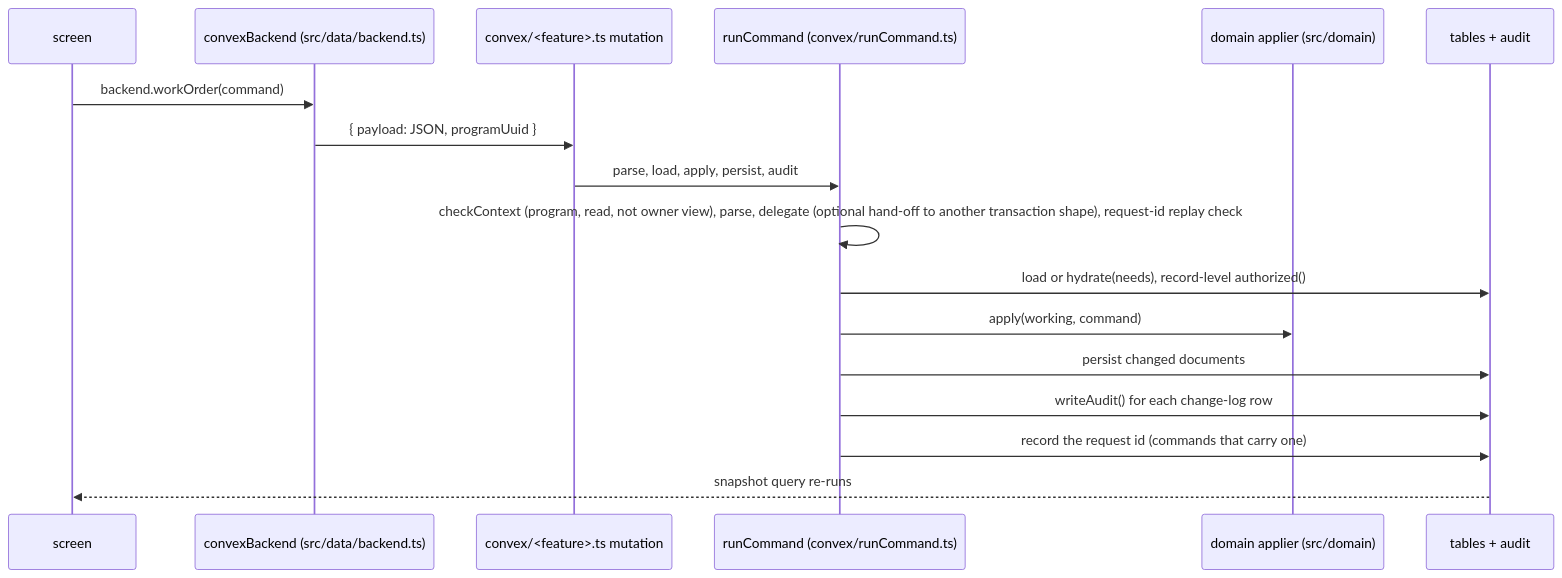
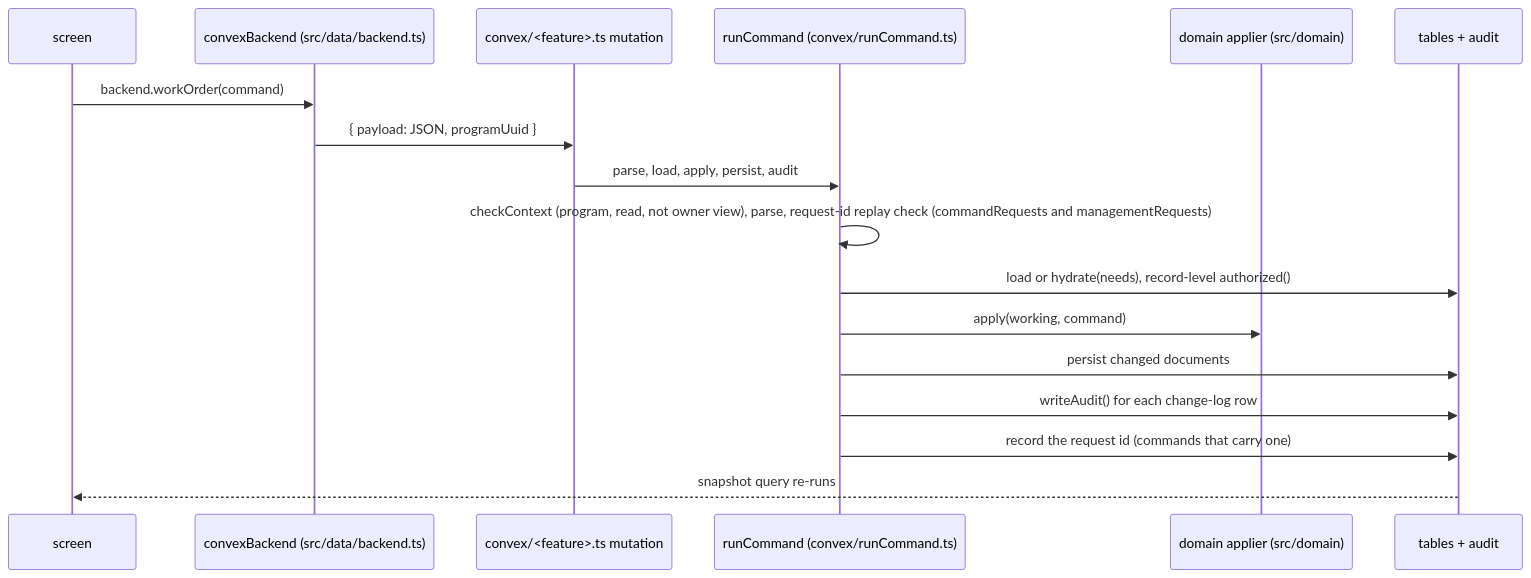
The third of 3 diagrams in CONTEXT.md (angelone-aviation/AO-aircraft-maintenance), drawn with Mermaid before and after one commit. The commit also changed 1 other file, not shown here.

Commit message:
Roadmap: checkpoint 6, Batch 426, findings 58-61; CONTEXT.md drops delegate

````diff
--- a/CONTEXT.md
+++ b/CONTEXT.md
@@ -103,19 +103,19 @@
 ```mermaid
 sequenceDiagram
   participant UI as screen
   participant B as convexBackend (src/data/backend.ts)
   participant M as convex/<feature>.ts mutation
   participant RC as runCommand (convex/runCommand.ts)
   participant D as domain applier (src/domain)
   participant T as tables + audit
   UI->>B: backend.workOrder(command)
   B->>M: { payload: JSON, programUuid }
   M->>RC: parse, load, apply, persist, audit
-  RC->>RC: checkContext (program, read, not owner view), parse, delegate (optional hand-off to another transaction shape), request-id replay check
+  RC->>RC: checkContext (program, read, not owner view), parse, request-id replay check (commandRequests and managementRequests)
   RC->>T: load or hydrate(needs), record-level authorized()
   RC->>D: apply(working, command)
   RC->>T: persist changed documents
   RC->>T: writeAudit() for each change-log row
   RC->>T: record the request id (commands that carry one)
   T-->>UI: snapshot query re-runs
 ```
````
